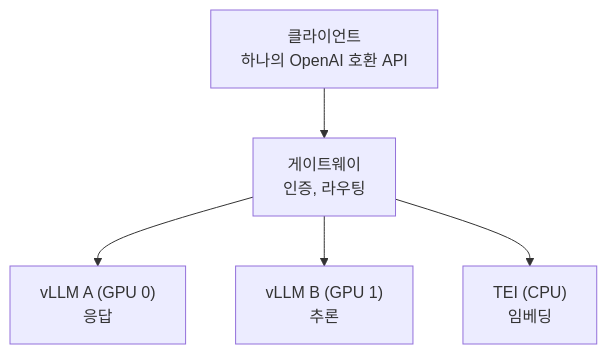
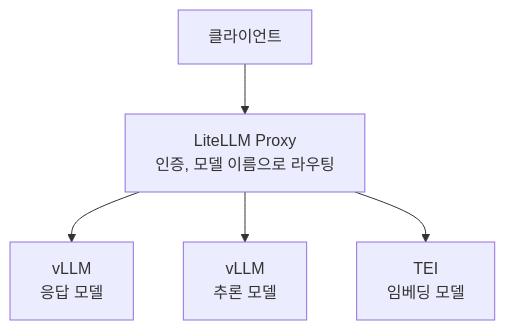
Before and after one commit to kukjun/blog: the diagram in src/content/blog/ko/ollama-to-vllm.md, drawn with Mermaid. The commit also changed other lines of this file and 32 other files, not shown here.

````diff
--- a/src/content/blog/ko/ollama-to-vllm.md
+++ b/src/content/blog/ko/ollama-to-vllm.md
@@ -192,7 +109,7 @@
 ```mermaid
 flowchart TD
-  C["클라이언트<br/>하나의 OpenAI 호환 API"] --> GW["게이트웨이<br/>인증, 라우팅"]
-  GW --> A["vLLM A (GPU 0)<br/>응답"]
-  GW --> B["vLLM B (GPU 1)<br/>추론"]
-  GW --> E["TEI (CPU)<br/>임베딩"]
+  C["클라이언트"] --> GW["LiteLLM Proxy<br/>인증, 모델 이름으로 라우팅"]
+  GW --> A["vLLM<br/>응답 모델"]
+  GW --> B["vLLM<br/>추론 모델"]
+  GW --> E["TEI<br/>임베딩 모델"]
 ```
````
